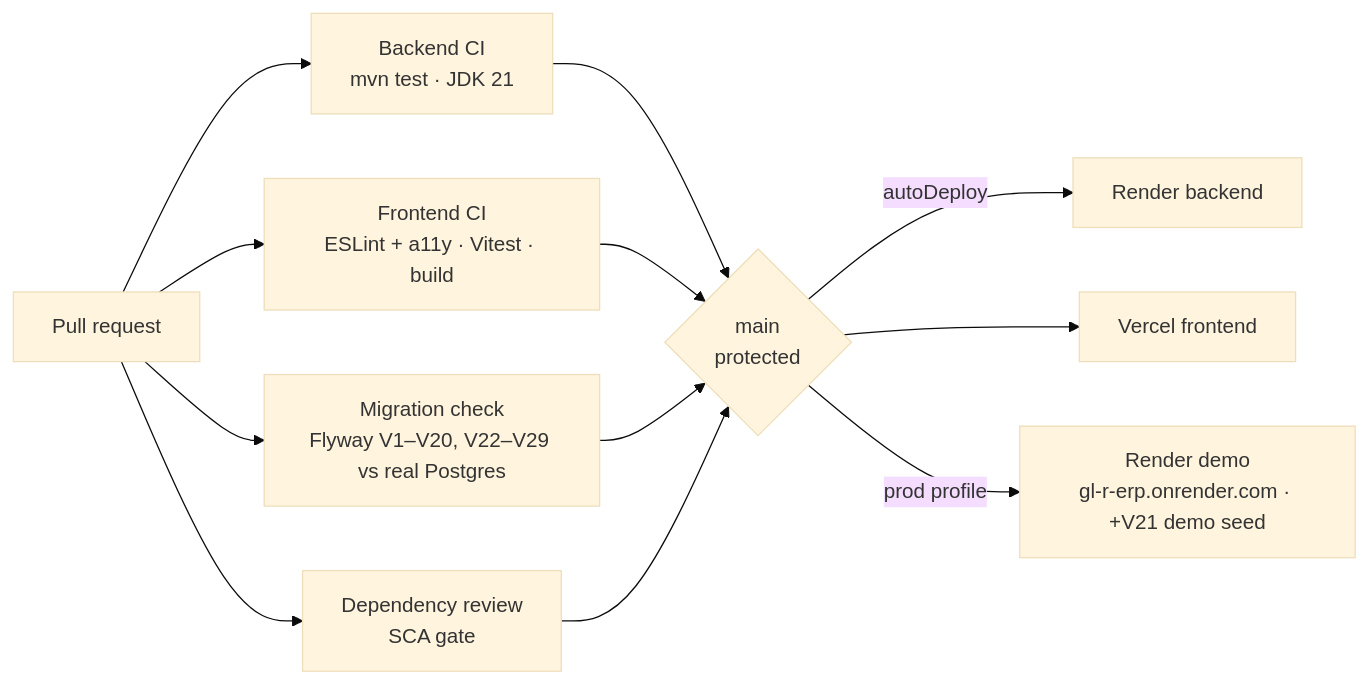
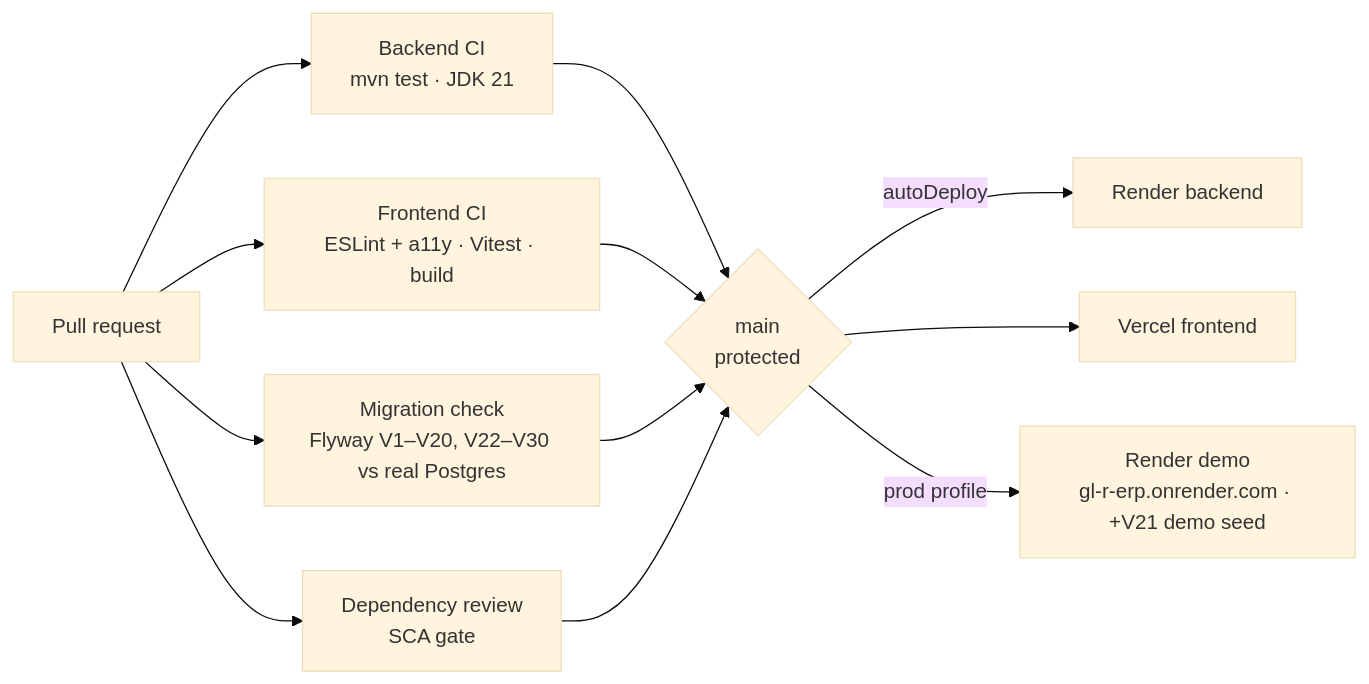
The third of 3 diagrams in ERP Documentation/04_Technical_Architecture.md (waritctd/GL-R-ERP), drawn with Mermaid (base theme) before and after one commit. The commit also changed other lines of this file and 6 other files, not shown here.

````diff
--- a/ERP Documentation/04_Technical_Architecture.md
+++ b/ERP Documentation/04_Technical_Architecture.md
@@ -149,11 +149,11 @@
 ```mermaid
 flowchart LR
     PR[Pull request] --> BE[Backend CI<br/>mvn test · JDK 21]
     PR --> FE[Frontend CI<br/>ESLint + a11y · Vitest · build]
-    PR --> MIG[Migration check<br/>Flyway V1–V20, V22–V29 vs real Postgres]
+    PR --> MIG[Migration check<br/>Flyway V1–V20, V22–V30 vs real Postgres]
     PR --> SCA[Dependency review<br/>SCA gate]
     BE & FE & MIG & SCA --> M{main<br/>protected}
     M -->|autoDeploy| REN[Render backend]
     M --> VER[Vercel frontend]
     M -->|prod profile| REN2[Render demo<br/>gl-r-erp.onrender.com · +V21 demo seed]
 ```
````
